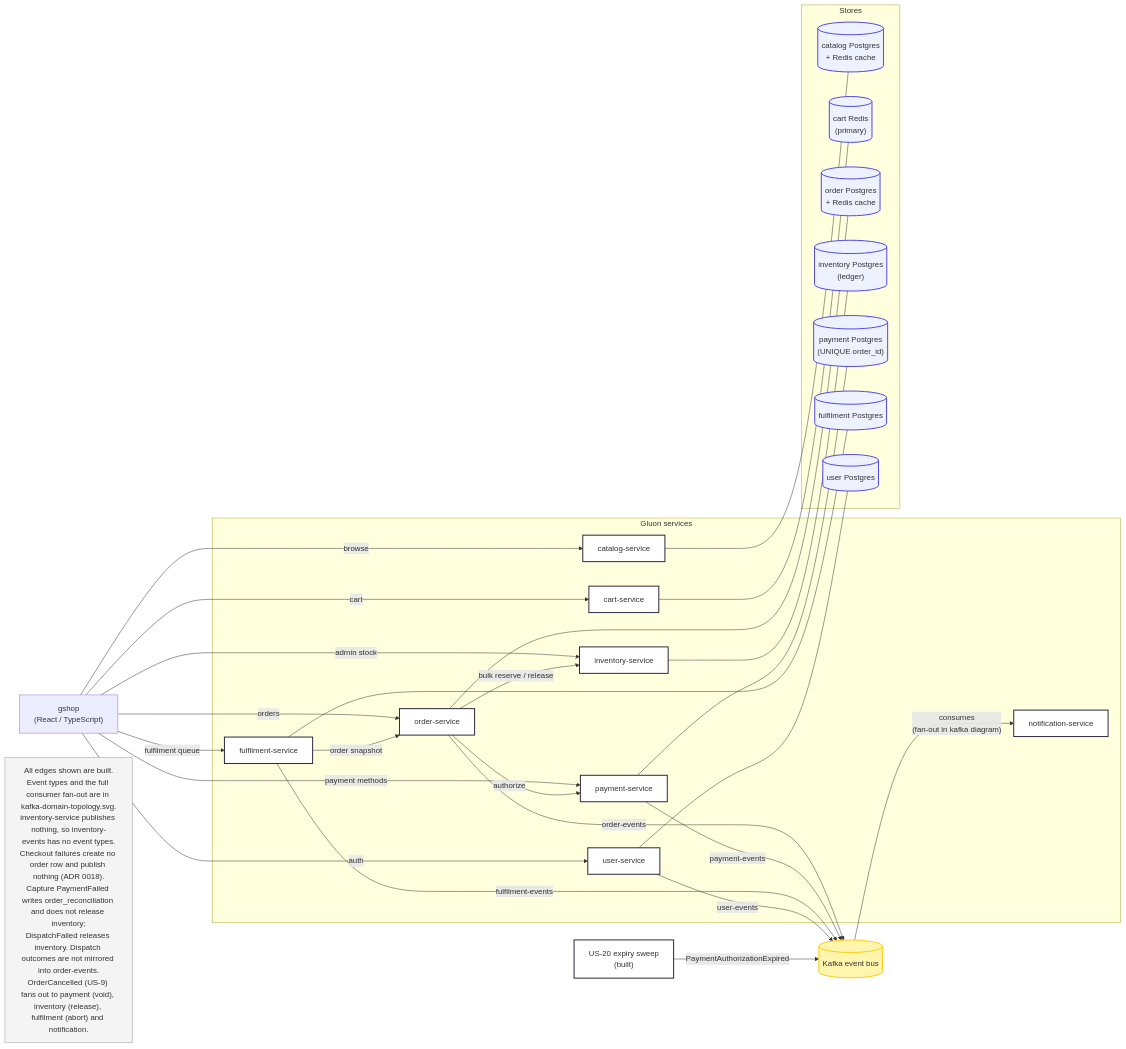
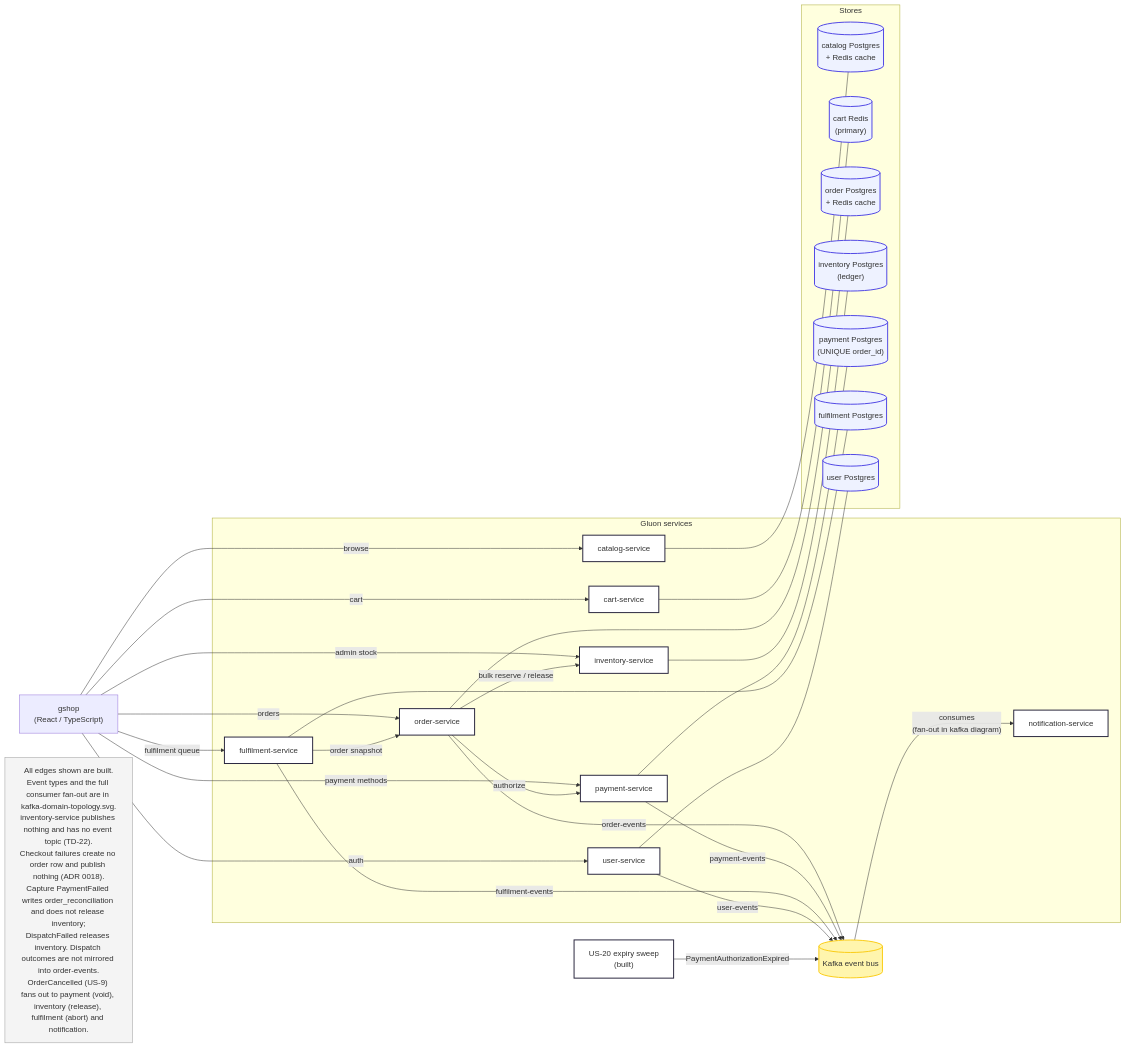
Before and after one commit to beckfordp/gluon: the diagram in docs/diagrams/order-fulfillment-topology.mmd, drawn with Mermaid. The commit also changed 19 other files, not shown here.

```diff
--- a/docs/diagrams/order-fulfillment-topology.mmd
+++ b/docs/diagrams/order-fulfillment-topology.mmd
@@ -1,65 +1,65 @@
 flowchart LR
     G["gshop<br/>(React / TypeScript)"]
 
     subgraph services["Gluon services"]
         CAT["catalog-service"]
         CART["cart-service"]
         O["order-service"]
         I["inventory-service"]
         P["payment-service"]
         F["fulfilment-service"]
         N["notification-service"]
         U["user-service"]
     end
 
     subgraph stores["Stores"]
         CATDB[("catalog Postgres<br/>+ Redis cache")]
         CARTDB[("cart Redis<br/>(primary)")]
         ODB[("order Postgres<br/>+ Redis cache")]
         IDB[("inventory Postgres<br/>(ledger)")]
         PDB[("payment Postgres<br/>(UNIQUE order_id)")]
         FDB[("fulfilment Postgres")]
         UDB[("user Postgres")]
     end
 
     K[("Kafka event bus")]
     SWEEP["US-20 expiry sweep<br/>(built)"]
 
     G -->|"browse"| CAT
     G -->|"cart"| CART
     G -->|"auth"| U
     G -->|"orders"| O
     G -->|"payment methods"| P
     G -->|"admin stock"| I
     G -->|"fulfilment queue"| F
     O -->|"bulk reserve / release"| I
     O -->|"authorize"| P
     F -->|"order snapshot"| O
 
     CAT --- CATDB
     CART --- CARTDB
     O --- ODB
     I --- IDB
     P --- PDB
     F --- FDB
     U --- UDB
 
     O -->|"order-events"| K
     P -->|"payment-events"| K
     F -->|"fulfilment-events"| K
     U -->|"user-events"| K
     K -->|"consumes<br/>(fan-out in kafka diagram)"| N
     SWEEP -->|"PaymentAuthorizationExpired"| K
 
-    NOTE["All edges shown are built.<br/>Event types and the full consumer fan-out are in kafka-domain-topology.svg.<br/>inventory-service publishes nothing, so inventory-events has no event types.<br/>Checkout failures create no order row and publish nothing (ADR 0018).<br/>Capture PaymentFailed writes order_reconciliation and does not release inventory;<br/>DispatchFailed releases inventory. Dispatch outcomes are not mirrored into order-events.<br/>OrderCancelled (US-9) fans out to payment (void), inventory (release), fulfilment (abort) and notification."]
+    NOTE["All edges shown are built.<br/>Event types and the full consumer fan-out are in kafka-domain-topology.svg.<br/>inventory-service publishes nothing and has no event topic (TD-22).<br/>Checkout failures create no order row and publish nothing (ADR 0018).<br/>Capture PaymentFailed writes order_reconciliation and does not release inventory;<br/>DispatchFailed releases inventory. Dispatch outcomes are not mirrored into order-events.<br/>OrderCancelled (US-9) fans out to payment (void), inventory (release), fulfilment (abort) and notification."]
 
     classDef service fill:#ffffff,stroke:#28253D,stroke-width:2px
     classDef store fill:#eef2ff,stroke:#4f46e5,stroke-width:2px
     classDef bus fill:#fff5ad,stroke:#FACC15,stroke-width:2px
     classDef notbuilt fill:#fff7ed,stroke:#b45309,stroke-width:2px,stroke-dasharray:5 4
     classDef note fill:#f4f4f4,stroke:#999999
     class CAT,CART,O,I,P,F,N,U service
     class CATDB,CARTDB,ODB,IDB,PDB,FDB,UDB store
     class K bus
     class SWEEP service
     class NOTE note
```
